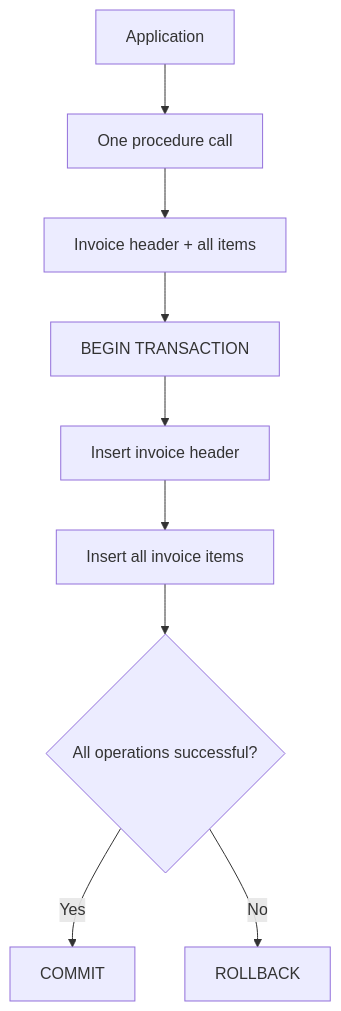
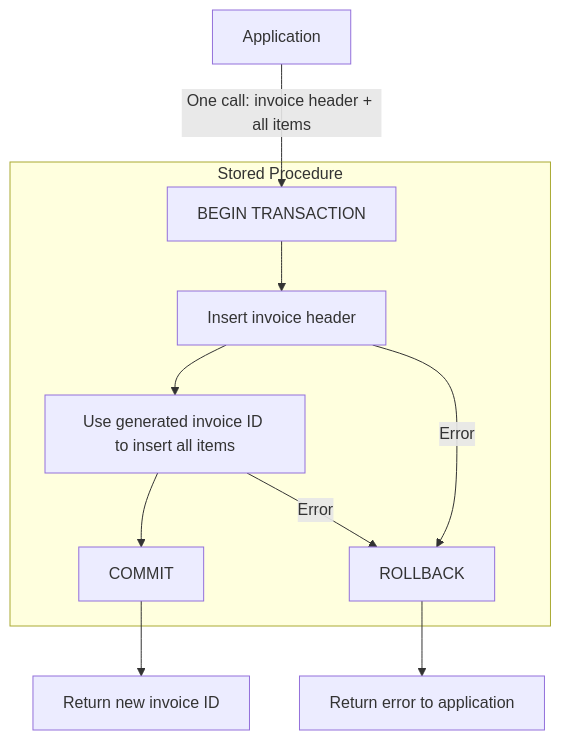
Before and after one commit to tjovic/database-design-labs-public: the second of 6 diagrams in labs/lab08-complex-parameters.md, drawn with Mermaid.

````diff
--- a/labs/lab08-complex-parameters.md
+++ b/labs/lab08-complex-parameters.md
@@ -177,11 +177,15 @@
 ```mermaid
 flowchart TD
-    A["Application"] --> B["One procedure call"]
-    B --> C["Invoice header + all items"]
-    C --> D["BEGIN TRANSACTION"]
-    D --> E["Insert invoice header"]
-    E --> F["Insert all invoice items"]
-    F --> G{"All operations successful?"}
-    G -->|Yes| H["COMMIT"]
-    G -->|No| I["ROLLBACK"]
+    A["Application"] -->|"One call: invoice header + all items"| B
+
+    subgraph P["Stored Procedure"]
+        B["BEGIN TRANSACTION"] --> C["Insert invoice header"]
+        C --> D["Use generated invoice ID to insert all items"]
+        D --> E["COMMIT"]
+        C -->|"Error"| F["ROLLBACK"]
+        D -->|"Error"| F
+    end
+
+    E --> G["Return new invoice ID"]
+    F --> H["Return error to application"]
 ```
````
